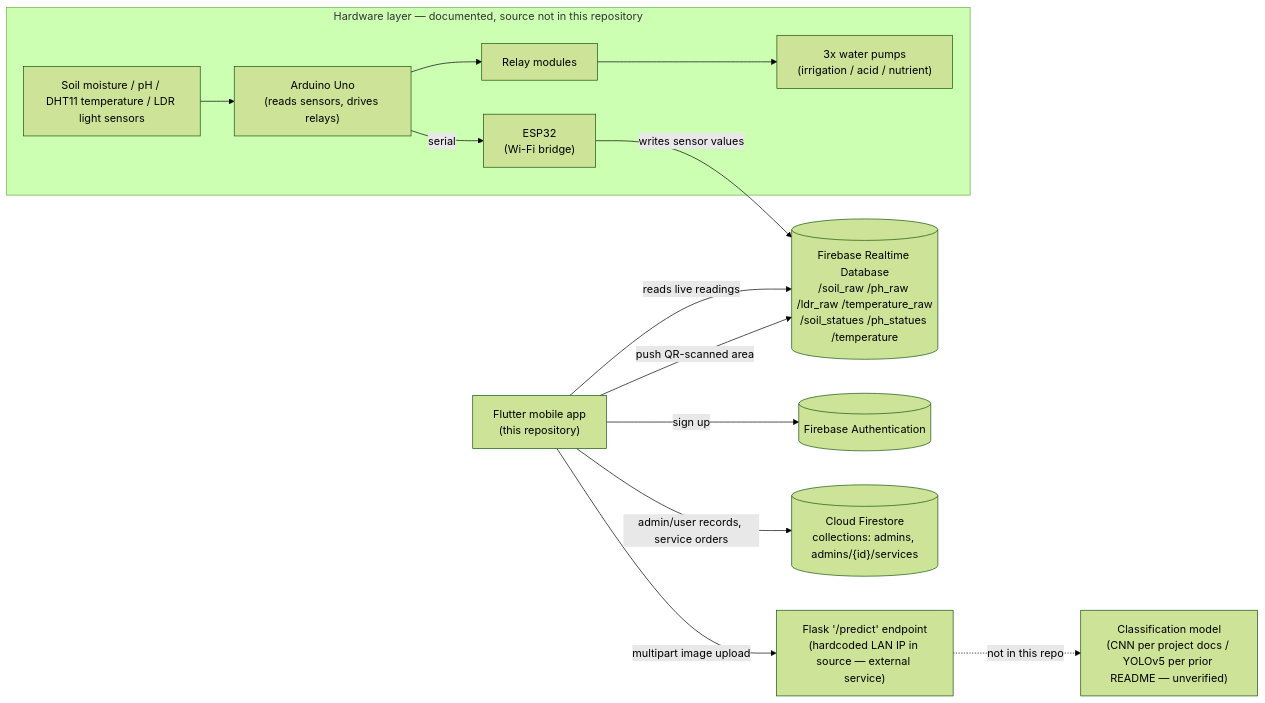
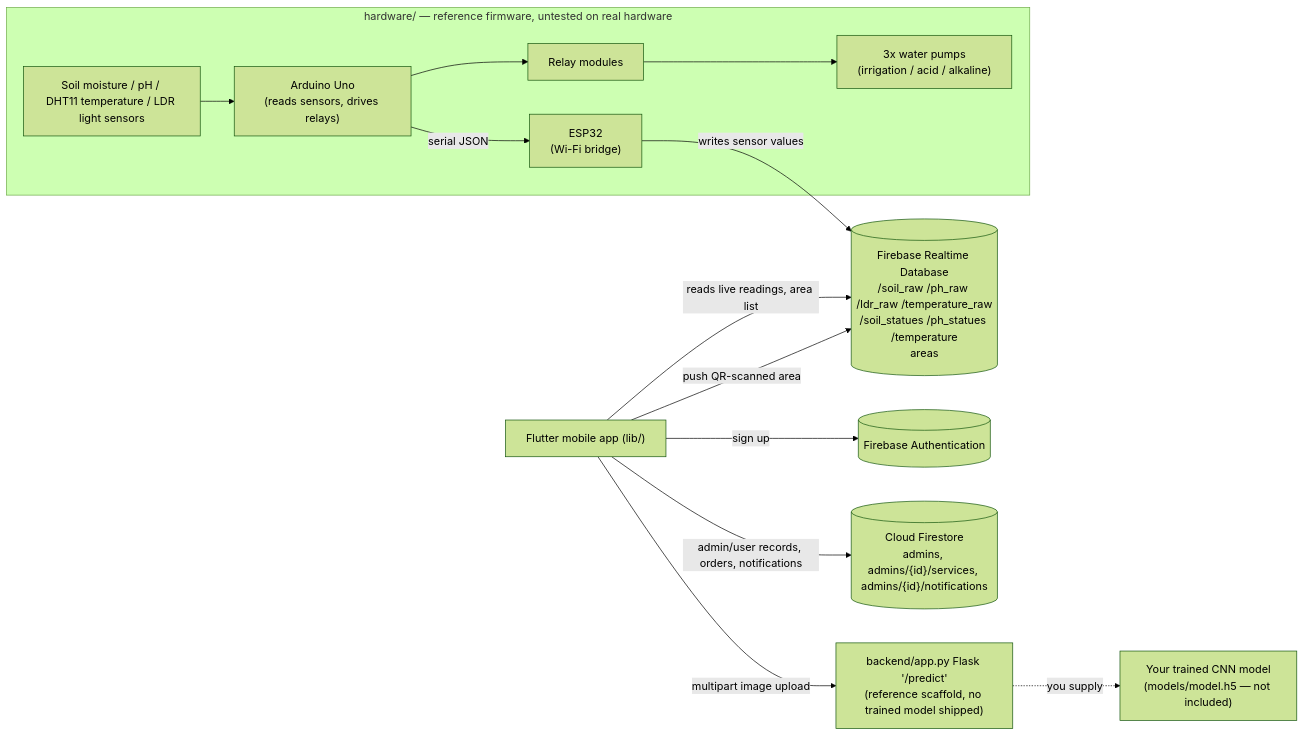
The diagram in README.md (itsRou/bloomtech-smart-agriculture), drawn with Mermaid (forest theme) before and after one commit. The commit also changed other lines of this file and 20 other files, not shown here.

First line of the commit message:
Wire notifications and area list to real data; add hardware/backend references

````diff
--- a/README.md
+++ b/README.md
@@ -72,17 +72,17 @@
 ```mermaid
 flowchart LR
-    subgraph HW["Hardware layer — documented, source not in this repository"]
+    subgraph HW["hardware/ — reference firmware, untested on real hardware"]
         Sensors["Soil moisture / pH / DHT11 temperature / LDR light sensors"] --> Arduino["Arduino Uno\n(reads sensors, drives relays)"]
-        Arduino -->|serial| ESP32["ESP32\n(Wi-Fi bridge)"]
-        Arduino --> Relays["Relay modules"] --> Pumps["3x water pumps\n(irrigation / acid / nutrient)"]
+        Arduino -->|serial JSON| ESP32["ESP32\n(Wi-Fi bridge)"]
+        Arduino --> Relays["Relay modules"] --> Pumps["3x water pumps\n(irrigation / acid / alkaline)"]
     end
 
-    ESP32 -->|writes sensor values| RTDB[("Firebase Realtime Database\n/soil_raw /ph_raw /ldr_raw /temperature_raw\n/soil_statues /ph_statues /temperature")]
+    ESP32 -->|writes sensor values| RTDB[("Firebase Realtime Database\n/soil_raw /ph_raw /ldr_raw /temperature_raw\n/soil_statues /ph_statues /temperature\nareas")]
 
-    App["Flutter mobile app\n(this repository)"] -->|reads live readings| RTDB
+    App["Flutter mobile app (lib/)"] -->|reads live readings, area list| RTDB
     App -->|push QR-scanned area| RTDB
     App -->|sign up| Auth[("Firebase Authentication")]
-    App -->|admin/user records, service orders| Firestore[("Cloud Firestore\ncollections: admins, admins/{id}/services")]
-    App -->|multipart image upload| Flask["Flask '/predict' endpoint\n(hardcoded LAN IP in source — external service)"]
-    Flask -.->|not in this repo| Model["Classification model\n(CNN per project docs / YOLOv5 per prior README — unverified)"]
+    App -->|admin/user records, orders, notifications| Firestore[("Cloud Firestore\nadmins, admins/{id}/services, admins/{id}/notifications")]
+    App -->|multipart image upload| Flask["backend/app.py Flask '/predict'\n(reference scaffold, no trained model shipped)"]
+    Flask -.->|you supply| Model["Your trained CNN model\n(models/model.h5 — not included)"]
 ```
````
